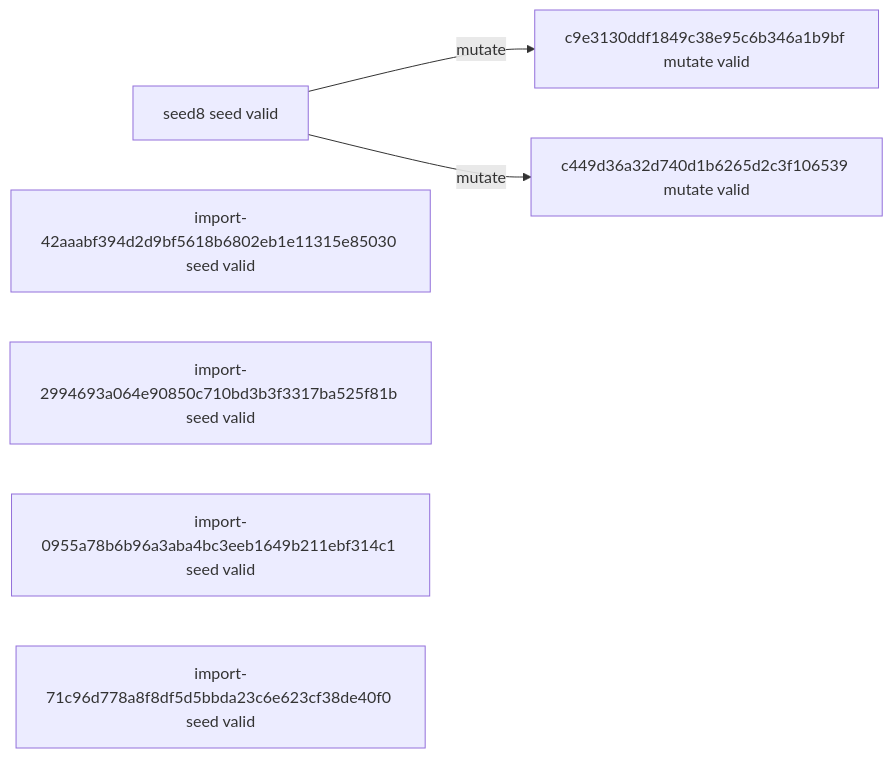
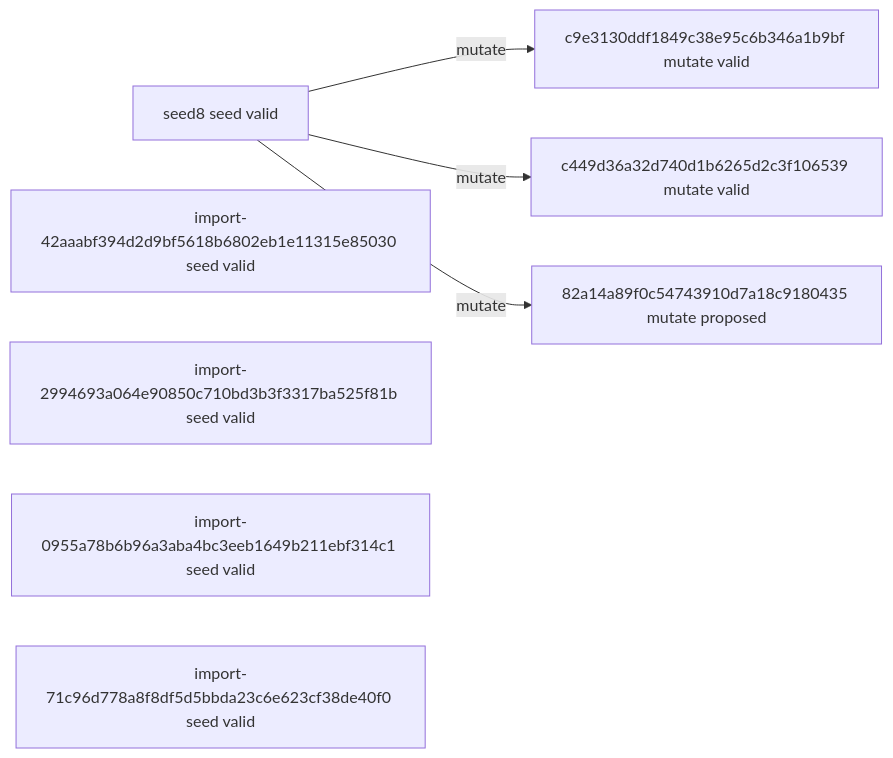
One commit to timbtz/feyer-search-lab changed the diagram in experiments/campaigns/smac-pilot-v1/README.md. Above: the diagram before and after it, drawn with Mermaid. The commit also changed other lines of this file and 7 other files, not shown here.

````diff
--- a/experiments/campaigns/smac-pilot-v1/README.md
+++ b/experiments/campaigns/smac-pilot-v1/README.md
@@ -21,12 +21,14 @@
 ```mermaid
 graph LR
   n0["seed8 seed valid"]
   n1["import-42aaabf394d2d9bf5618b6802eb1e11315e85030 seed valid"]
   n2["import-2994693a064e90850c710bd3b3f3317ba525f81b seed valid"]
   n3["import-0955a78b6b96a3aba4bc3eeb1649b211ebf314c1 seed valid"]
   n4["import-71c96d778a8f8df5d5bbda23c6e623cf38de40f0 seed valid"]
   n5["c9e3130ddf1849c38e95c6b346a1b9bf mutate valid"]
   n6["c449d36a32d740d1b6265d2c3f106539 mutate valid"]
+  n7["82a14a89f0c54743910d7a18c9180435 mutate proposed"]
   n0 -->|mutate| n5
   n0 -->|mutate| n6
+  n0 -->|mutate| n7
 ```
````
